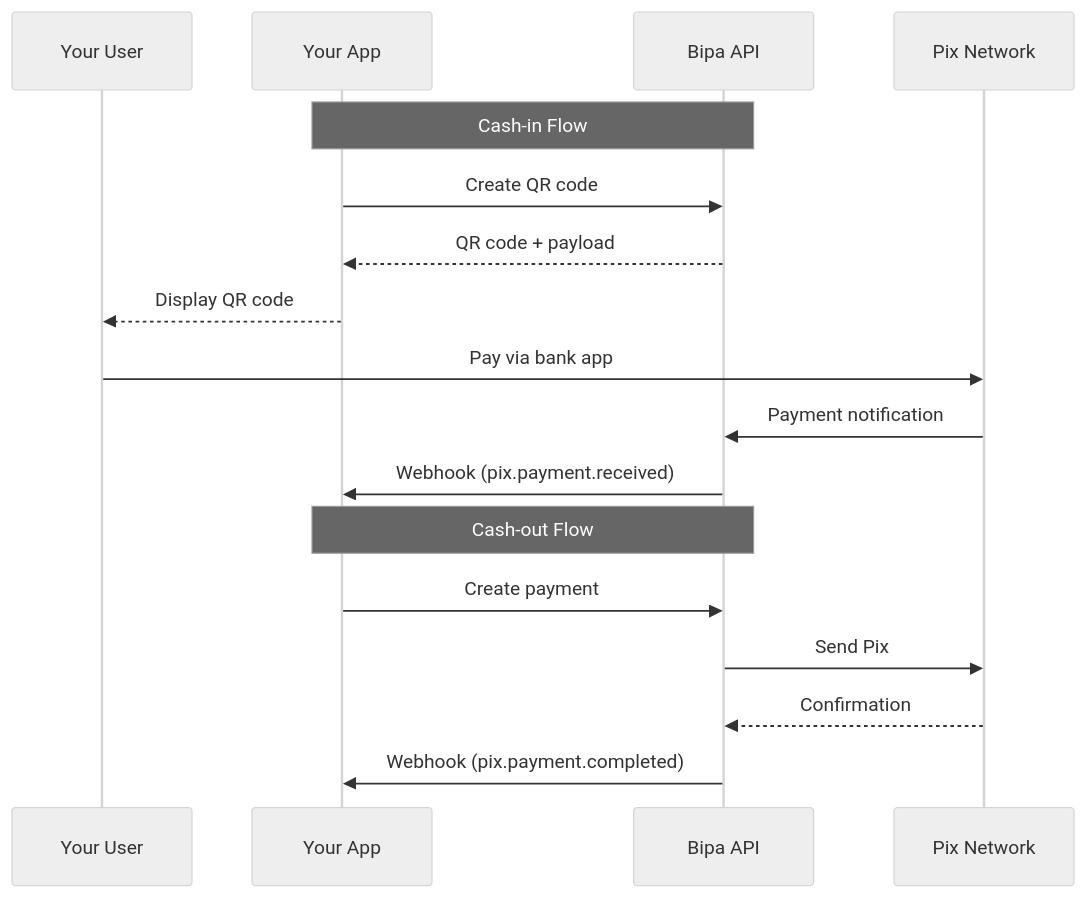
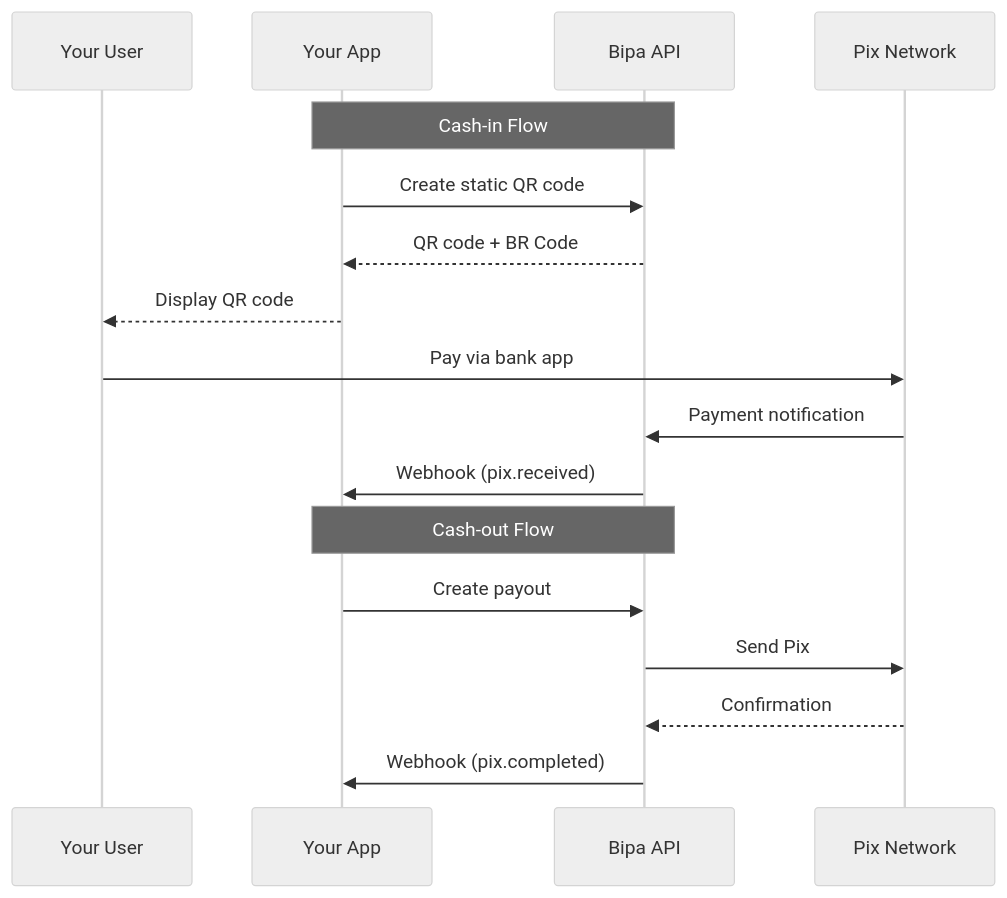
One commit to bipa-app/docs changed the diagram in api-reference/pix/overview.mdx. Above: the diagram before and after it, drawn with Mermaid (neutral theme). The commit also changed other lines of this file and 49 other files, not shown here.

````diff
--- a/api-reference/pix/overview.mdx
+++ b/api-reference/pix/overview.mdx
@@ -26,21 +26,21 @@
 ```mermaid
 sequenceDiagram
     participant User as Your User
     participant App as Your App
     participant Bipa as Bipa API
     participant Pix as Pix Network
 
     Note over App,Bipa: Cash-in Flow
-    App->>Bipa: Create QR code
-    Bipa-->>App: QR code + payload
+    App->>Bipa: Create static QR code
+    Bipa-->>App: QR code + BR Code
     App-->>User: Display QR code
     User->>Pix: Pay via bank app
     Pix->>Bipa: Payment notification
-    Bipa->>App: Webhook (pix.payment.received)
+    Bipa->>App: Webhook (pix.received)
 
     Note over App,Bipa: Cash-out Flow
-    App->>Bipa: Create payment
+    App->>Bipa: Create payout
     Bipa->>Pix: Send Pix
     Pix-->>Bipa: Confirmation
-    Bipa->>App: Webhook (pix.payment.completed)
+    Bipa->>App: Webhook (pix.completed)
 ```
````
